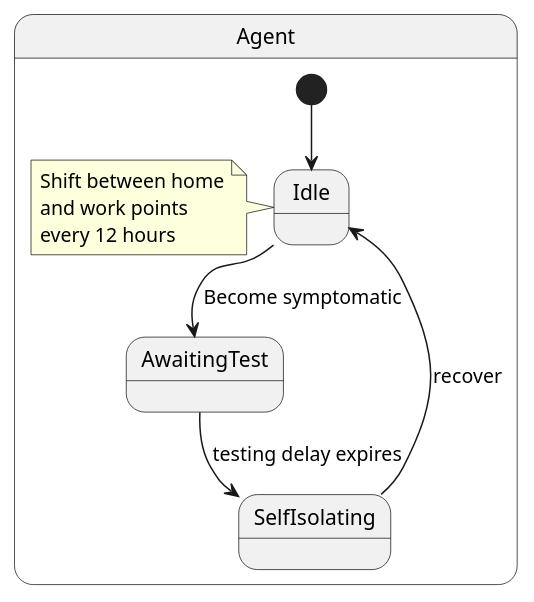
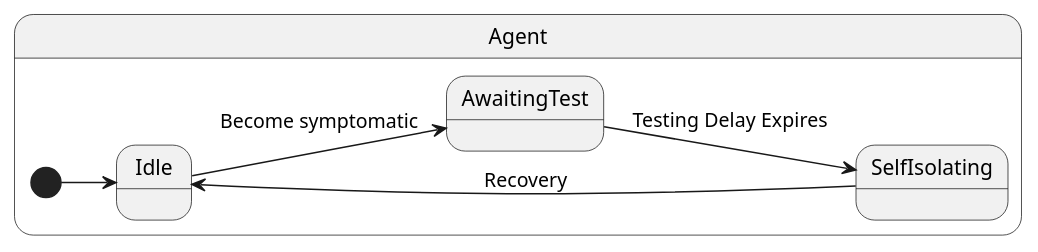
The diagram in doc/uml/src/self-isolating.puml (JoshuaSFryer/multi-agent-sim), drawn with PlantUML before and after one commit. The commit also changed 25 other files, not shown here.

```diff
--- a/doc/uml/src/self-isolating.puml
+++ b/doc/uml/src/self-isolating.puml
@@ -1,16 +1,18 @@
 @startuml Model_B_Self_Isolating
+skinparam DefaultFontName ArialMT
 
+left to right direction
 state Agent {
     [*] --> Idle
-    note left of Idle
-        Shift between home
-        and work points
-        every 12 hours
-    end note
+    ' note left of Idle
+    '     Shift between home
+    '     and work points
+    '     every 12 hours
+    ' end note
     Idle --> AwaitingTest : Become symptomatic
-    AwaitingTest --> SelfIsolating : testing delay expires
-    SelfIsolating --> Idle : recover
+    AwaitingTest --> SelfIsolating : Testing Delay Expires
+    SelfIsolating --> Idle : Recovery
     ' SelfIsolating : notify_contacts()
 }
 
 @enduml
```
